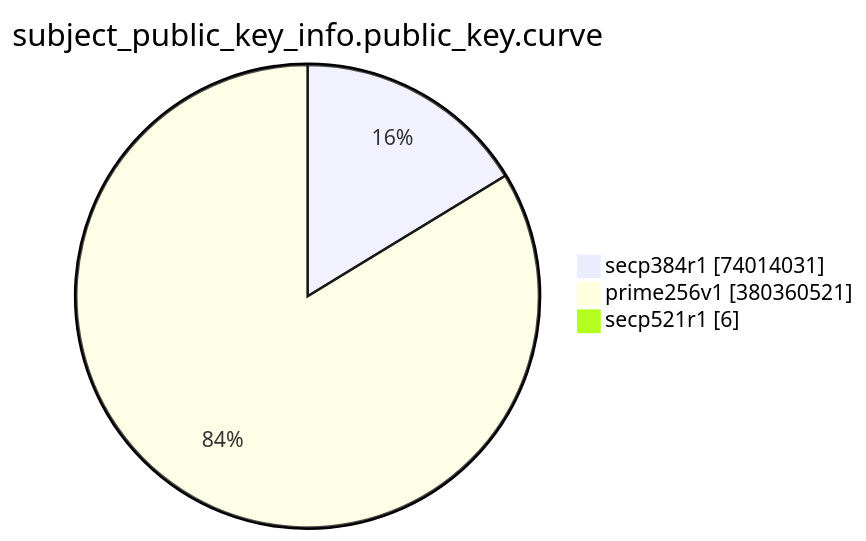
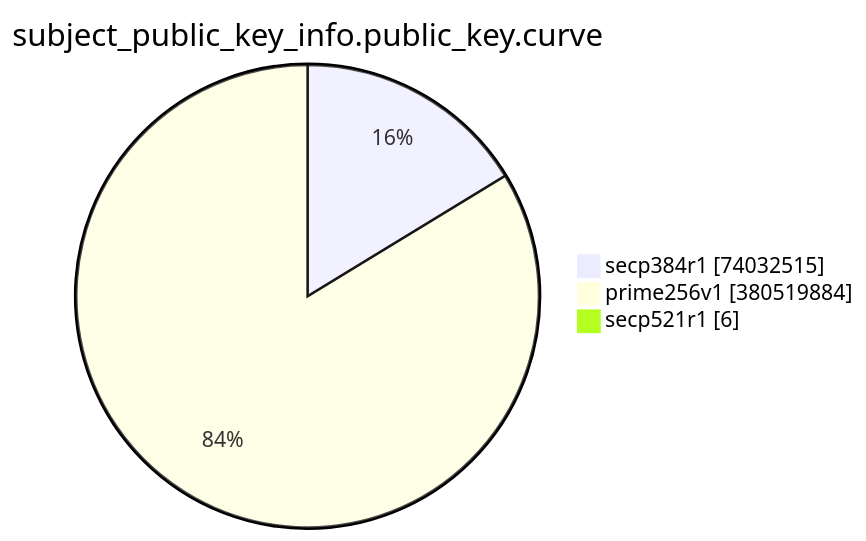
Before and after one commit to christiankrug/ctmonitor_visualization: the eighth of 15 diagrams in TOTAL/README.md, drawn with Mermaid. The commit also changed other lines of this file, not shown here.

````diff
--- a/TOTAL/README.md
+++ b/TOTAL/README.md
@@ -3094,7 +3094,7 @@
 ```mermaid
 pie showData
 title subject_public_key_info.public_key.curve
-"secp384r1" :74014031
-"prime256v1" :380360521
+"secp384r1" :74032515
+"prime256v1" :380519884
 "secp521r1" :6
 ```
````
